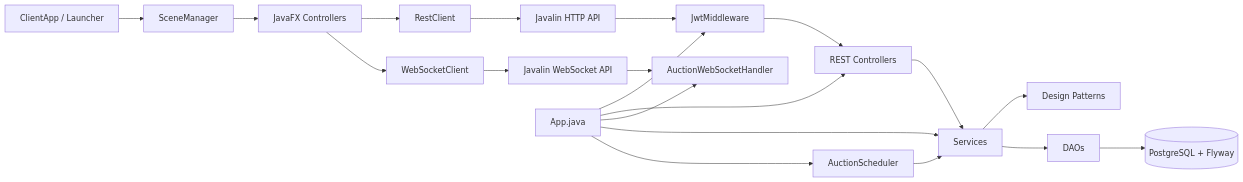
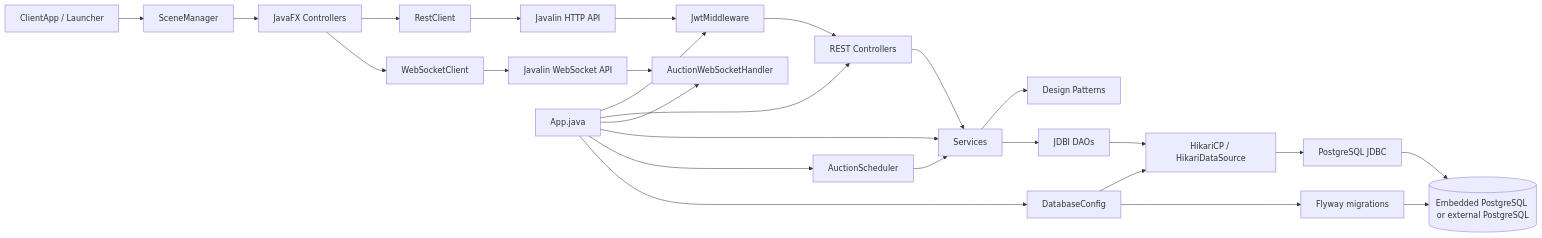
The first of 8 diagrams in README.md (kieran-lucas/oop-course-project-uet), drawn with Mermaid before and after one commit. The commit also changed other lines of this file, not shown here.

Commit message:
docs: finish README evaluator and database coverage

````diff
--- a/README.md
+++ b/README.md
@@ -279,25 +306,31 @@
 ```mermaid
 flowchart LR
     ClientApp[ClientApp / Launcher] --> SceneManager[SceneManager]
     SceneManager --> UiControllers[JavaFX Controllers]
     UiControllers --> RestClient[RestClient]
     UiControllers --> WebSocketClient[WebSocketClient]
 
     RestClient --> HttpApi[Javalin HTTP API]
     WebSocketClient --> WsApi[Javalin WebSocket API]
     HttpApi --> JwtMiddleware[JwtMiddleware]
     WsApi --> WsHandler[AuctionWebSocketHandler]
 
     App[App.java] --> JwtMiddleware
     App --> Controllers[REST Controllers]
     App --> WsHandler
     App --> Services[Services]
     App --> Scheduler[AuctionScheduler]
+    App --> DatabaseConfig[DatabaseConfig]
 
     JwtMiddleware --> Controllers
     Controllers --> Services
     Scheduler --> Services
     Services --> Patterns[Design Patterns]
-    Services --> Daos[DAOs]
-    Daos --> Database[(PostgreSQL + Flyway)]
+    Services --> Daos[JDBI DAOs]
+    Daos --> Pool[HikariCP / HikariDataSource]
+    Pool --> Driver[PostgreSQL JDBC]
+    Driver --> Database[(Embedded PostgreSQL or external PostgreSQL)]
+    DatabaseConfig --> Pool
+    DatabaseConfig --> Flyway[Flyway migrations]
+    Flyway --> Database
 ```
````
